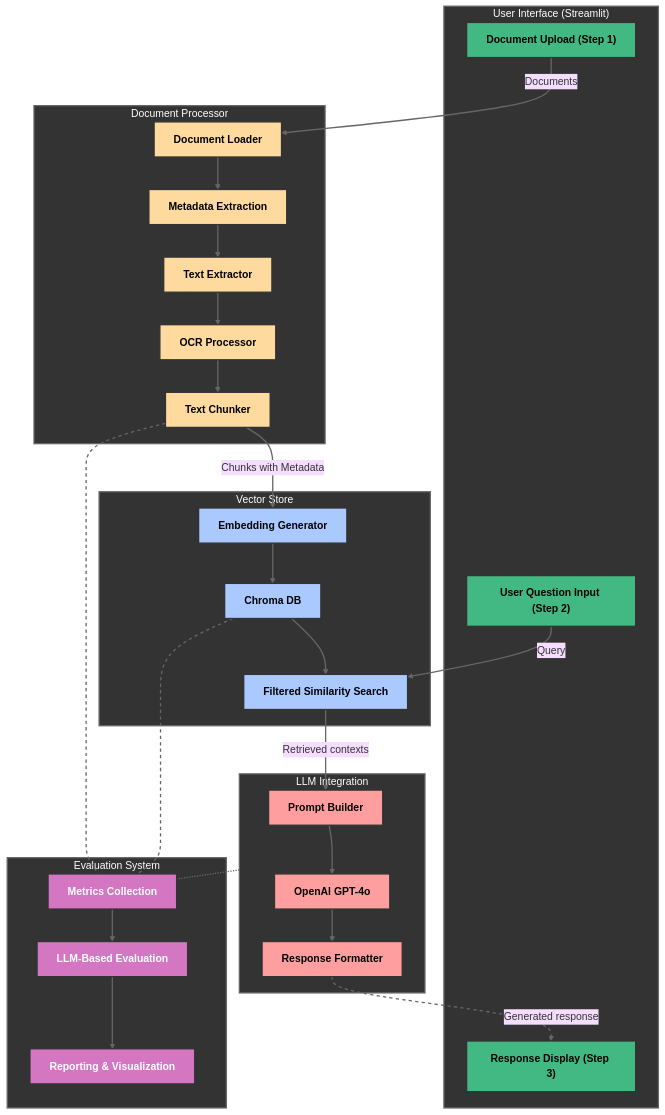
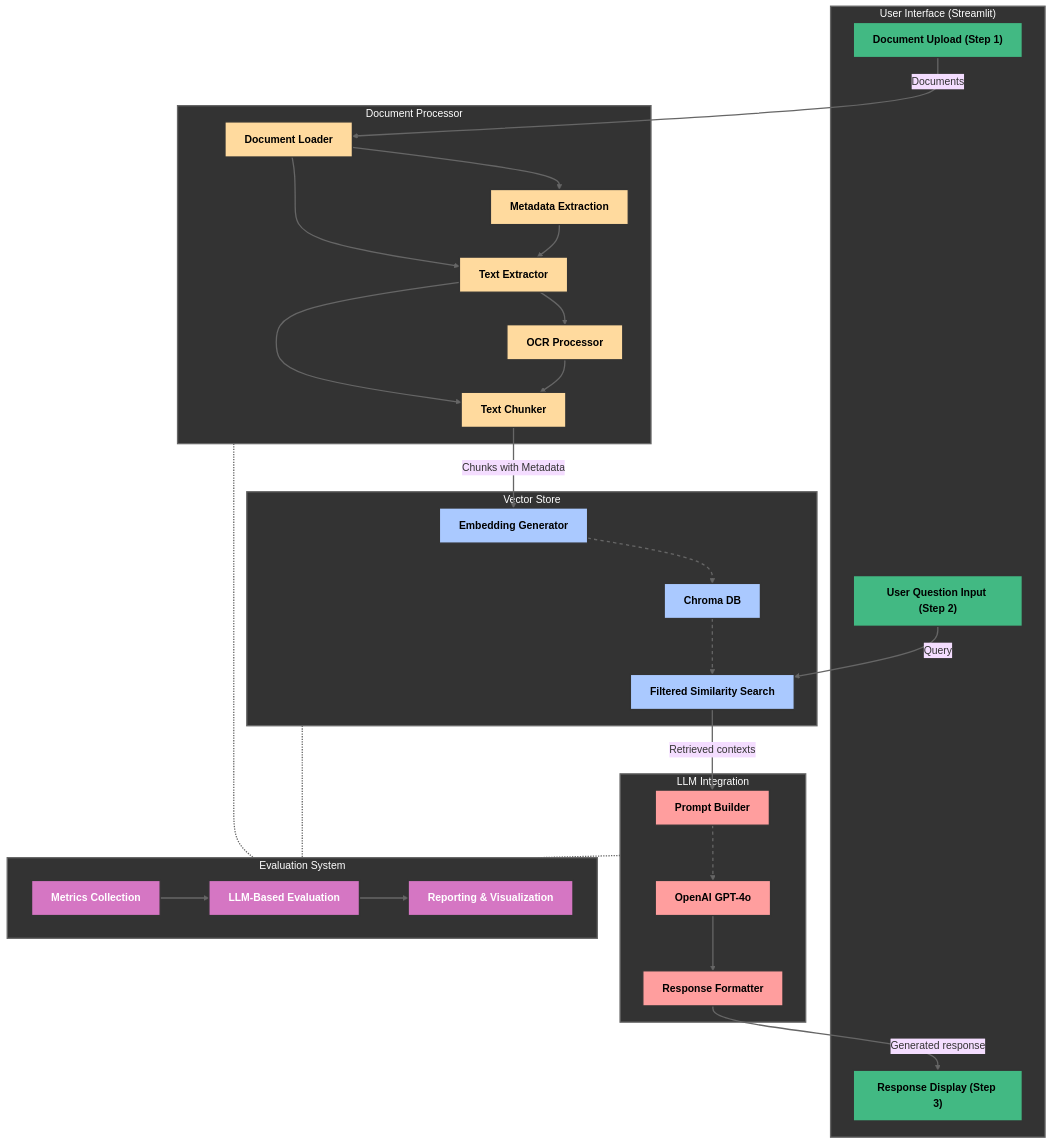
The diagram in README.md (mdwaquarahmad/fortune500-rag), drawn with Mermaid (base theme) before and after one commit.

Commit message:
Documentation

````diff
--- a/README.md
+++ b/README.md
@@ -46,65 +46,46 @@
     %% Document Processor Component
     subgraph DP["Document Processor"]
         style DP fill:#333333,stroke:#666666,stroke-width:2px,color:white
-        B1["Document Loader"]
-        B5["Metadata Extraction"]
-        B2["Text Extractor"]
-        B3["OCR Processor"]
-        B4["Text Chunker"]
+        B1["Document Loader"] --> B2["Text Extractor"]
+        B2 --> B3["OCR Processor"]
+        B2 --> B4["Text Chunker"]
+        B3 --> B4
+        B1 --> B5["Metadata Extraction"]
+        B5 --> B2
     end
     
     %% Vector Store Component
     subgraph VS["Vector Store"]
         style VS fill:#333333,stroke:#666666,stroke-width:2px,color:white
-        C1["Embedding Generator"]
-        C2["Chroma DB"]
-        C3["Filtered Similarity Search"]
+        C1["Embedding Generator"] --> C2["Chroma DB"]
+        C2 --> C3["Filtered Similarity Search"]
     end
     
     %% LLM Integration Component
     subgraph LLM["LLM Integration"]
         style LLM fill:#333333,stroke:#666666,stroke-width:2px,color:white
-        D1["Prompt Builder"]
-        D2["OpenAI GPT-4o"]
-        D3["Response Formatter"]
+        D1["Prompt Builder"] --> D2["OpenAI GPT-4o"]
+        D2 --> D3["Response Formatter"]
     end
     
     %% Evaluation System Component
     subgraph EVAL["Evaluation System"]
         style EVAL fill:#333333,stroke:#666666,stroke-width:2px,color:white
-        E1["Metrics Collection"]
-        E2["LLM-Based Evaluation"]
-        E3["Reporting & Visualization"]
+        E1["Metrics Collection"] --> E2["LLM-Based Evaluation"]
+        E2 --> E3["Reporting & Visualization"]
     end
     
-    %% Connections maintaining original flow but with improved angles
-    %% Document processing flow
+    %% Main Data Flow Connections - Solid Lines
     A1 -- "Documents" --> B1
-    B1 --> B5
-    B5 --> B2
-    B2 --> B3
-    B3 --> B4
-    
-    %% Vector store flow
     B4 -- "Chunks with Metadata" --> C1
-    C1 --> C2
-    C2 --> C3
-    
-    %% Question and response flow
     A2 -- "Query" --> C3
     C3 -- "Retrieved contexts" --> D1
-    D1 --> D2
-    D2 --> D3
     D3 -- "Generated response" --> A3
     
-    %% Evaluation System Connections - with straight dotted lines
-    B4 -.- E1
-    C2 -.- E1
-    LLM -.- E1
-    
-    %% Internal evaluation connections
-    E1 --> E2
-    E2 --> E3
+    %% Evaluation System Connections - Dotted Lines (no arrows)
+    DP -.- EVAL
+    VS -.- EVAL
+    LLM -.- EVAL
     
     %% Styling for specific components
     classDef uiComponents fill:#42b983,stroke:#333,stroke-width:2px,color:black,font-weight:bold
@@ -120,7 +101,7 @@
     class D1,D2,D3 llmComponents
     class E1,E2,E3 evalComponents
     
-    %% Add link styling
+    %% Link styling
     linkStyle default stroke:#666,stroke-width:2px
-    linkStyle 12,13,14 stroke:#666,stroke-width:2px,stroke-dasharray:5 5
+    linkStyle 6,7,8 stroke:#666,stroke-width:2px,stroke-dasharray:5 5
 ```
````
